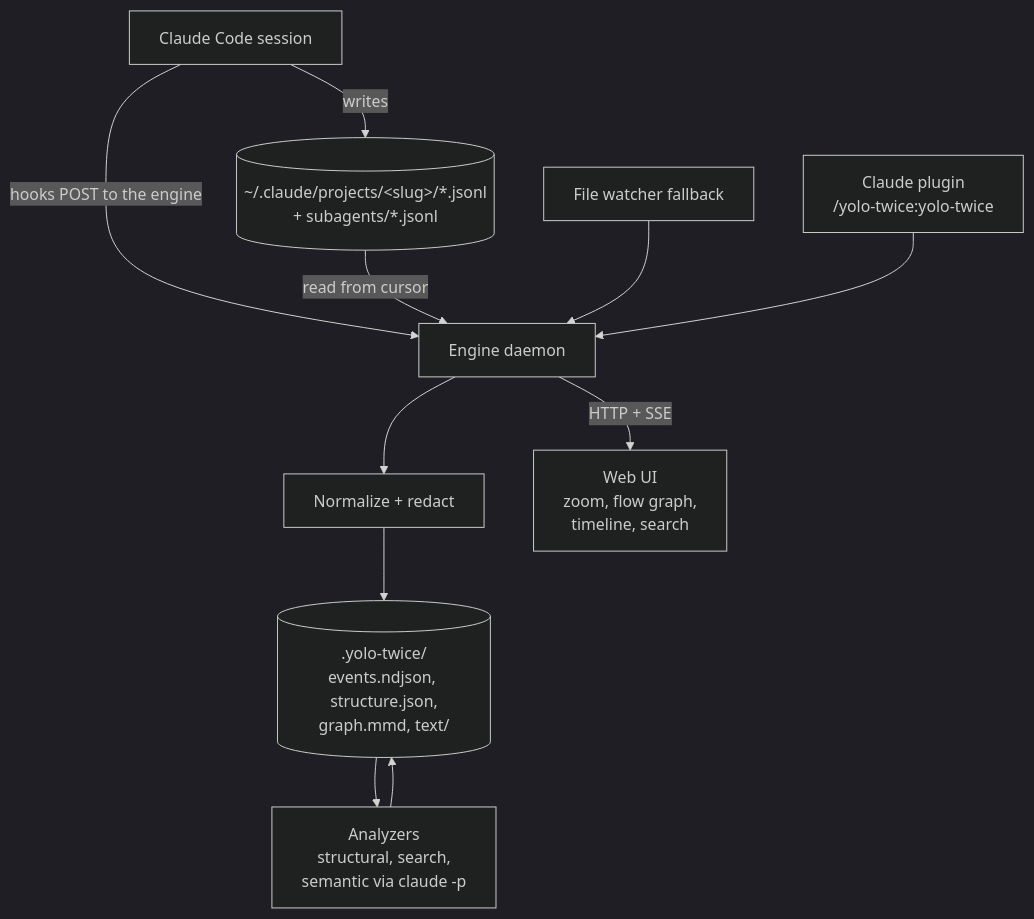
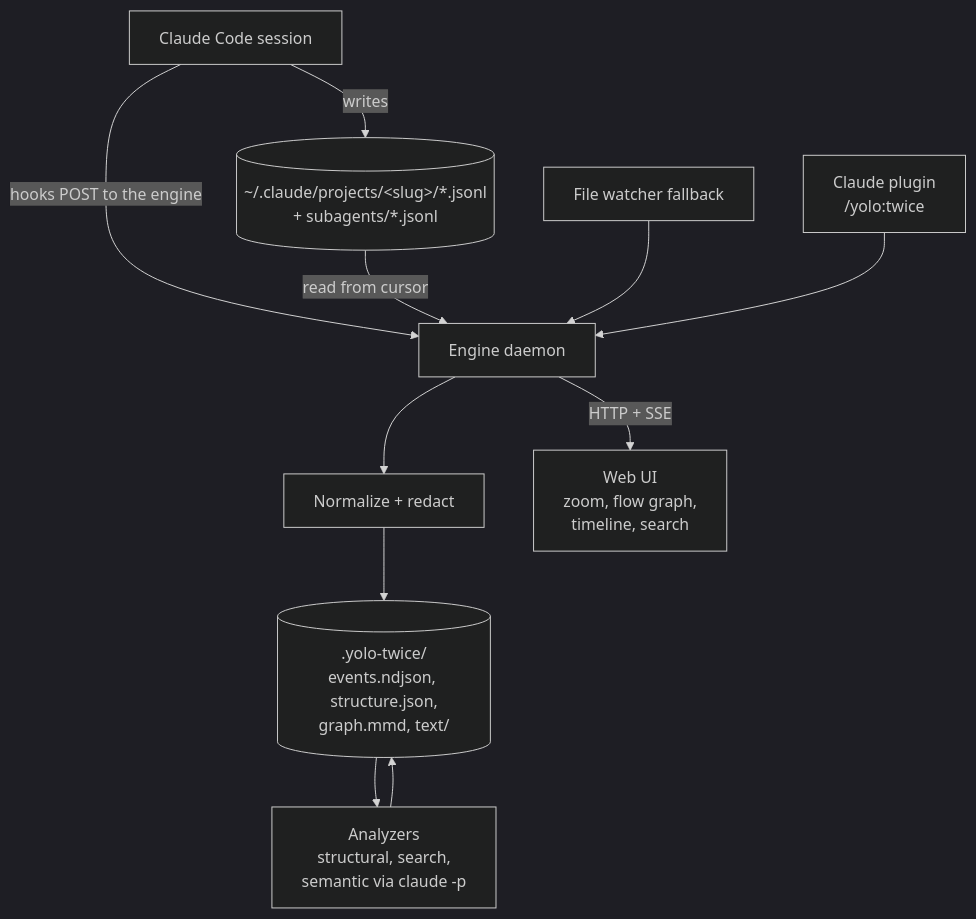
Before and after one commit to bar9/yolo-twice: the first of 3 diagrams in code/site/how-it-works.md, drawn with Mermaid (dark theme). The commit also changed other lines of this file and 11 other files, not shown here.

First line of the commit message:
Plugin command is now /yolo:twice

````diff
--- a/code/site/how-it-works.md
+++ b/code/site/how-it-works.md
@@ -8,13 +8,13 @@
 ```mermaid
 flowchart TB
   CC[Claude Code session] -- "hooks POST to the engine" --> ENG
   CC -- writes --> JSONL[(~/.claude/projects/&lt;slug&gt;/*.jsonl<br/>+ subagents/*.jsonl)]
   JSONL -- "read from cursor" --> ENG[Engine daemon]
   WATCH[File watcher fallback] --> ENG
-  PLUGIN[Claude plugin<br/>/yolo-twice:yolo-twice] --> ENG
+  PLUGIN[Claude plugin<br/>/yolo:twice] --> ENG
   ENG --> NORM[Normalize + redact]
   NORM --> STORE[(.yolo-twice/<br/>events.ndjson, structure.json,<br/>graph.mmd, text/)]
   STORE --> AN[Analyzers<br/>structural, search,<br/>semantic via claude -p]
   AN --> STORE
   ENG -- "HTTP + SSE" --> UI[Web UI<br/>zoom, flow graph,<br/>timeline, search]
 ```
````
